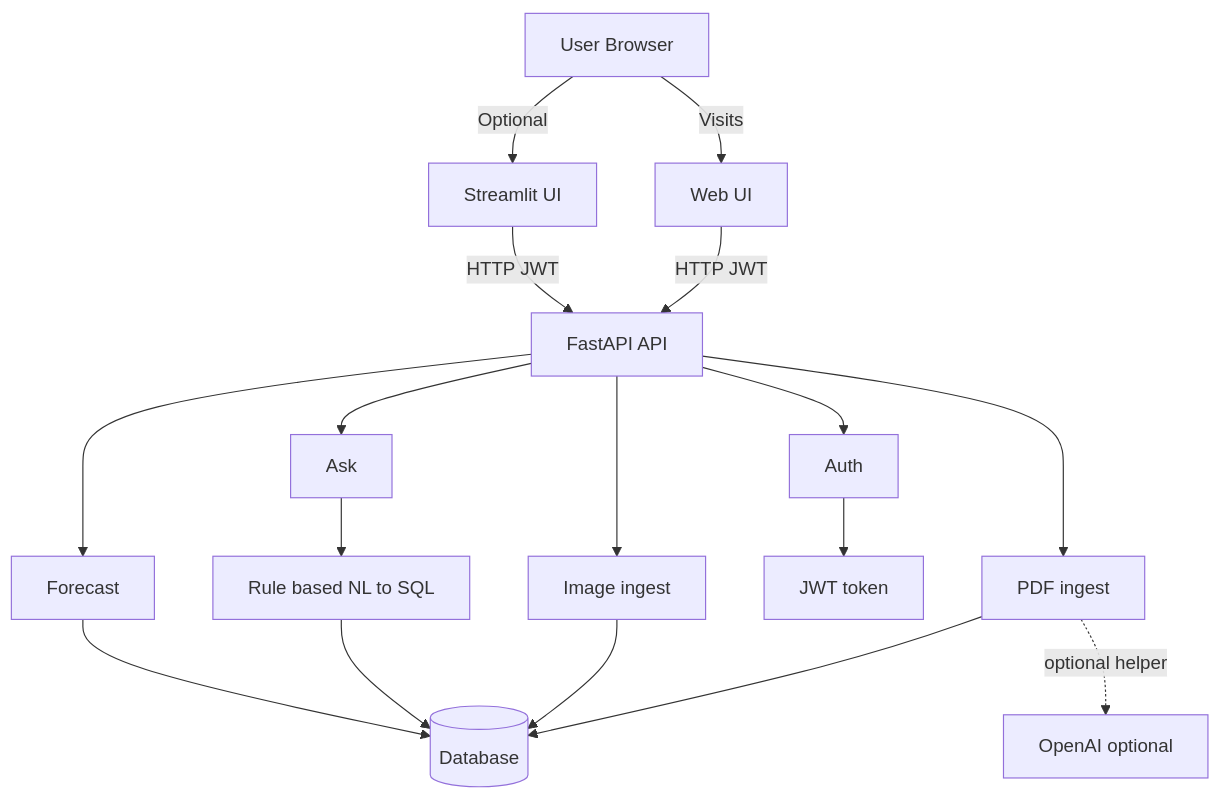
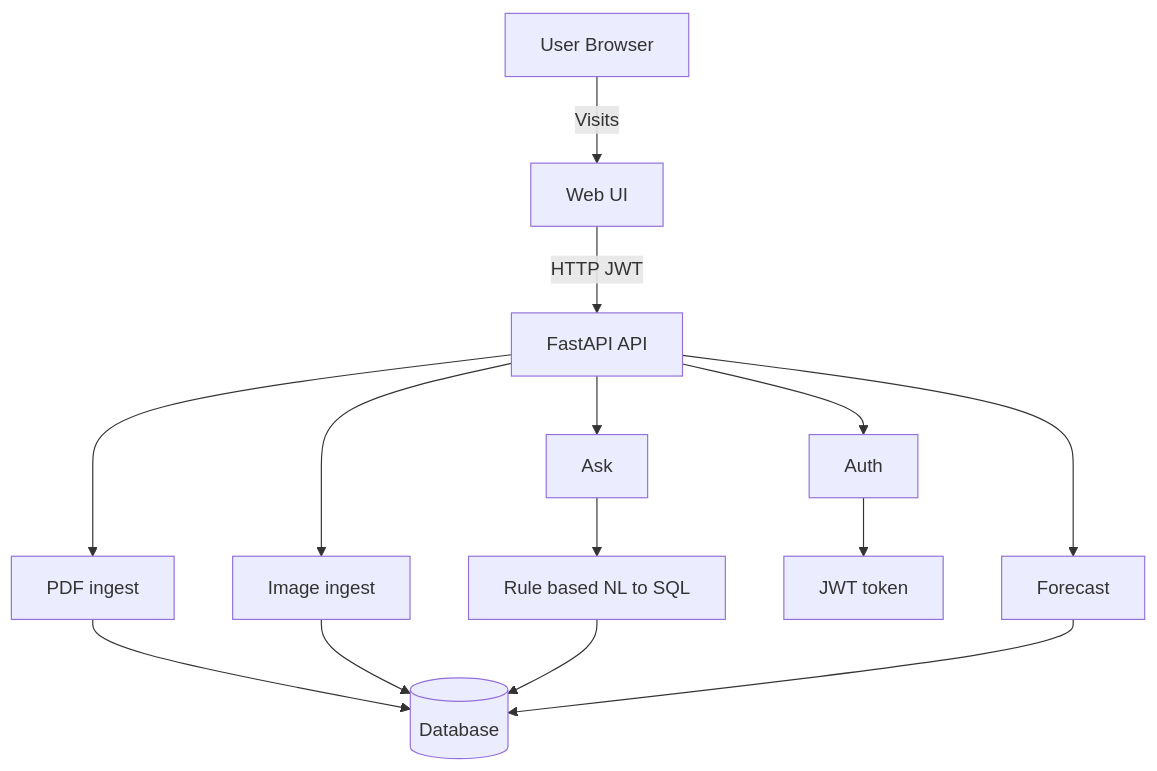
One commit to yuvraj20gole/Asklytics changed the diagram in README.md. Above: the diagram before and after it, drawn with Mermaid. The commit also changed other lines of this file, not shown here.

First line of the commit message:
docs: remove optional sections from README

````diff
--- a/README.md
+++ b/README.md
@@ -31,24 +30,20 @@
 ```mermaid
 flowchart TD
   U[User Browser] -->|Visits| WEB[Web UI]
-  U -->|Optional| ST[Streamlit UI]
 
   WEB -->|HTTP JWT| API[FastAPI API]
-  ST -->|HTTP JWT| API
 
   API --> AUTH[Auth]
   API --> ASK[Ask]
   API --> PDF[PDF ingest]
   API --> IMG[Image ingest]
   API --> ML[Forecast]
 
   AUTH --> JWT[JWT token]
   ASK --> SQL[Rule based NL to SQL]
 
   PDF --> DB[(Database)]
   IMG --> DB
   SQL --> DB
   ML --> DB
-
-  PDF -. optional helper .-> OA[OpenAI optional]
 ```
````
